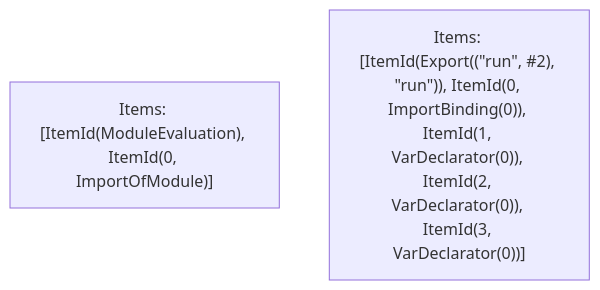
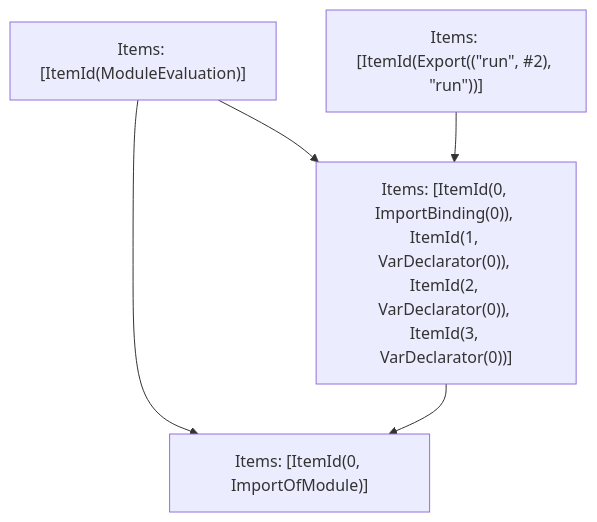
Before and after one commit to vercel/turborepo: the fifth of 5 diagrams in crates/turbopack-ecmascript/tests/tree-shaker/analyzer/ipc-evaluate/output.md, drawn with Mermaid. The commit also changed other lines of this file and 3 other files, not shown here.

````diff
--- a/crates/turbopack-ecmascript/tests/tree-shaker/analyzer/ipc-evaluate/output.md
+++ b/crates/turbopack-ecmascript/tests/tree-shaker/analyzer/ipc-evaluate/output.md
@@ -212,5 +218,11 @@
 ```mermaid
 graph TD
-    N0["Items: [ItemId(ModuleEvaluation), ItemId(0, ImportOfModule)]"];
-    N1["Items: [ItemId(Export((&quot;run&quot;, #2), &quot;run&quot;)), ItemId(0, ImportBinding(0)), ItemId(1, VarDeclarator(0)), ItemId(2, VarDeclarator(0)), ItemId(3, VarDeclarator(0))]"];
+    N0["Items: [ItemId(ModuleEvaluation)]"];
+    N1["Items: [ItemId(Export((&quot;run&quot;, #2), &quot;run&quot;))]"];
+    N2["Items: [ItemId(0, ImportOfModule)]"];
+    N3["Items: [ItemId(0, ImportBinding(0)), ItemId(1, VarDeclarator(0)), ItemId(2, VarDeclarator(0)), ItemId(3, VarDeclarator(0))]"];
+    N0 --> N2;
+    N0 --> N3;
+    N1 --> N3;
+    N3 --> N2;
 ```
````
